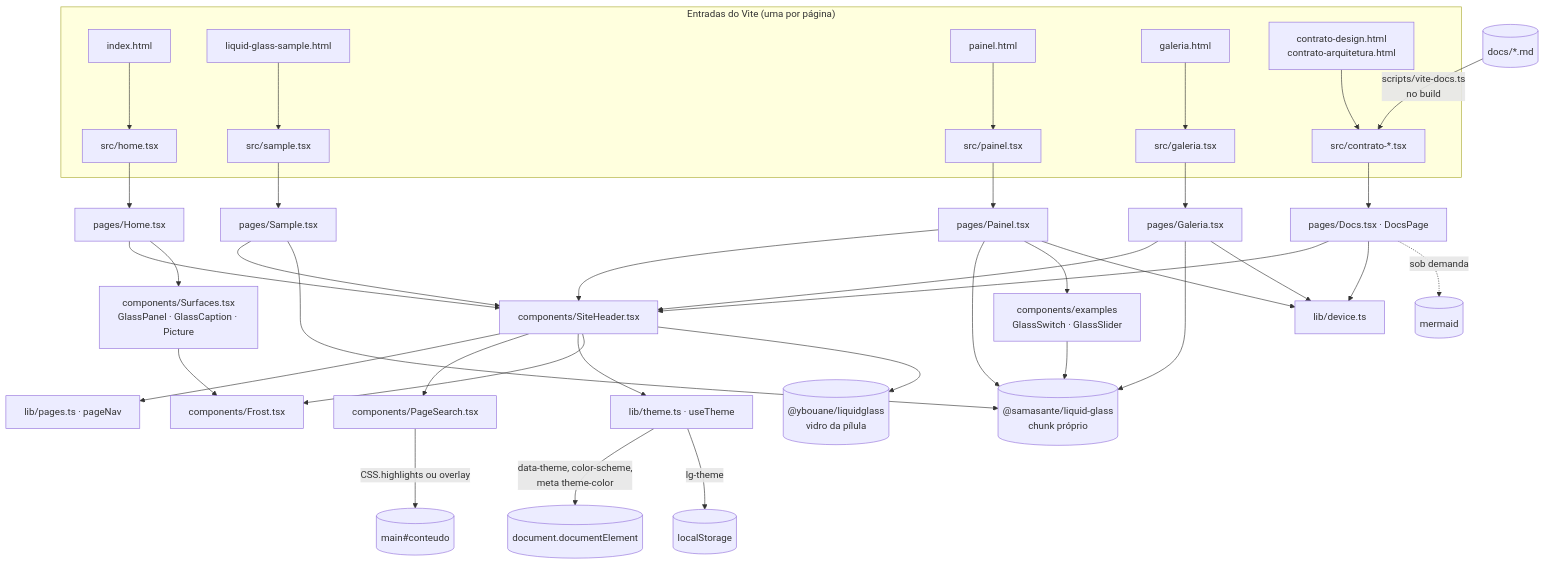
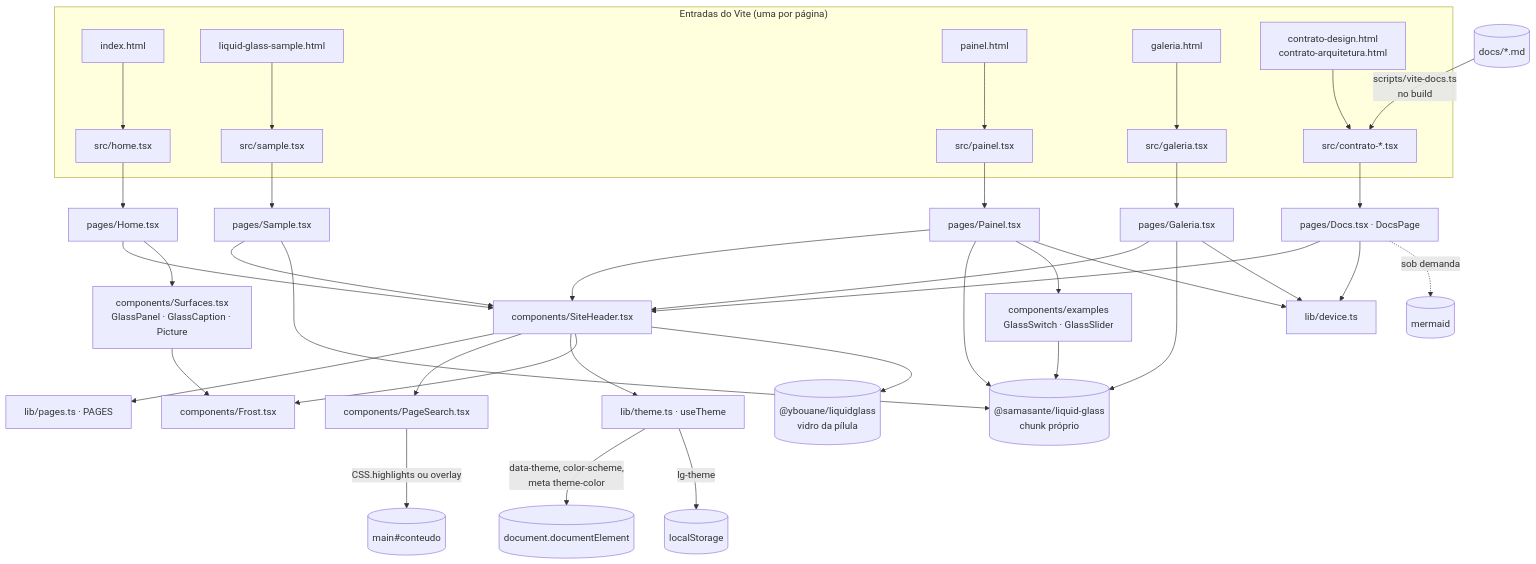
The diagram in docs/ARQUITETURA.md (romastefale/HTML), drawn with Mermaid before and after one commit. The commit also changed other lines of this file and 13 other files, not shown here.

First line of the commit message:
Barra e lista ☰ com raiz própria do LiquidGlass, como o #hero-root do fork; sem camadas de página na raiz do React; sem pageNav e campos não usados do NavItem

````diff
--- a/docs/ARQUITETURA.md
+++ b/docs/ARQUITETURA.md
@@ -178,43 +178,43 @@
 ```mermaid
 flowchart TD
   subgraph Entradas["Entradas do Vite (uma por página)"]
     IH["index.html"] --> HT["src/home.tsx"]
     SH["liquid-glass-sample.html"] --> ST["src/sample.tsx"]
     PH["painel.html"] --> PT["src/painel.tsx"]
     GH["galeria.html"] --> GT["src/galeria.tsx"]
     CH["contrato-design.html<br/>contrato-arquitetura.html"] --> CT["src/contrato-*.tsx"]
   end
   HT --> HOME["pages/Home.tsx"]
   ST --> SAMPLE["pages/Sample.tsx"]
   PT --> PAINEL["pages/Painel.tsx"]
   GT --> GALERIA["pages/Galeria.tsx"]
   CT --> DOCS["pages/Docs.tsx · DocsPage"]
   MD[("docs/*.md")] -->|"scripts/vite-docs.ts<br/>no build"| CT
 
   HOME --> HEADER["components/SiteHeader.tsx"]
   SAMPLE --> HEADER
   PAINEL --> HEADER
   GALERIA --> HEADER
   DOCS --> HEADER
-  HEADER --> NAV["lib/pages.ts · pageNav"]
+  HEADER --> NAV["lib/pages.ts · PAGES"]
   HEADER --> SEARCH["components/PageSearch.tsx"]
   HEADER --> THEME["lib/theme.ts · useTheme"]
   HEADER --> FROST["components/Frost.tsx"]
   HEADER --> LG2[("@ybouane/liquidglass<br/>vidro da pílula")]
   HOME --> SURF["components/Surfaces.tsx<br/>GlassPanel · GlassCaption · Picture"]
   SURF --> FROST
 
   SAMPLE --> LIB[("@samasante/liquid-glass<br/>chunk próprio")]
   PAINEL --> LIB
   PAINEL --> EX["components/examples<br/>GlassSwitch · GlassSlider"]
   EX --> LIB
   GALERIA --> LIB
   PAINEL --> DEV["lib/device.ts"]
   GALERIA --> DEV
   DOCS --> DEV
   DOCS -.->|"sob demanda"| MER[("mermaid")]
 
   THEME -->|"data-theme, color-scheme,<br/>meta theme-color"| DOC[("document.documentElement")]
   THEME -->|"lg-theme"| LS[("localStorage")]
   SEARCH -->|"CSS.highlights ou overlay"| MAIN[("main#conteudo")]
 ```
````
